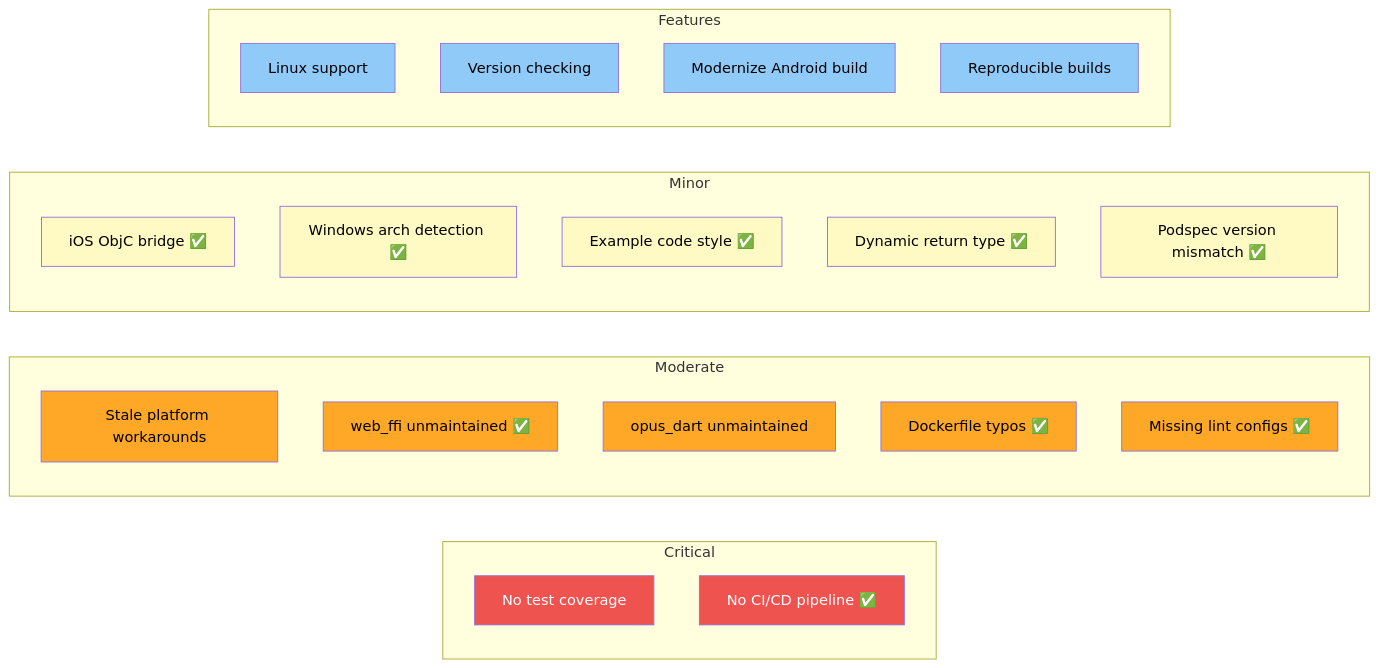
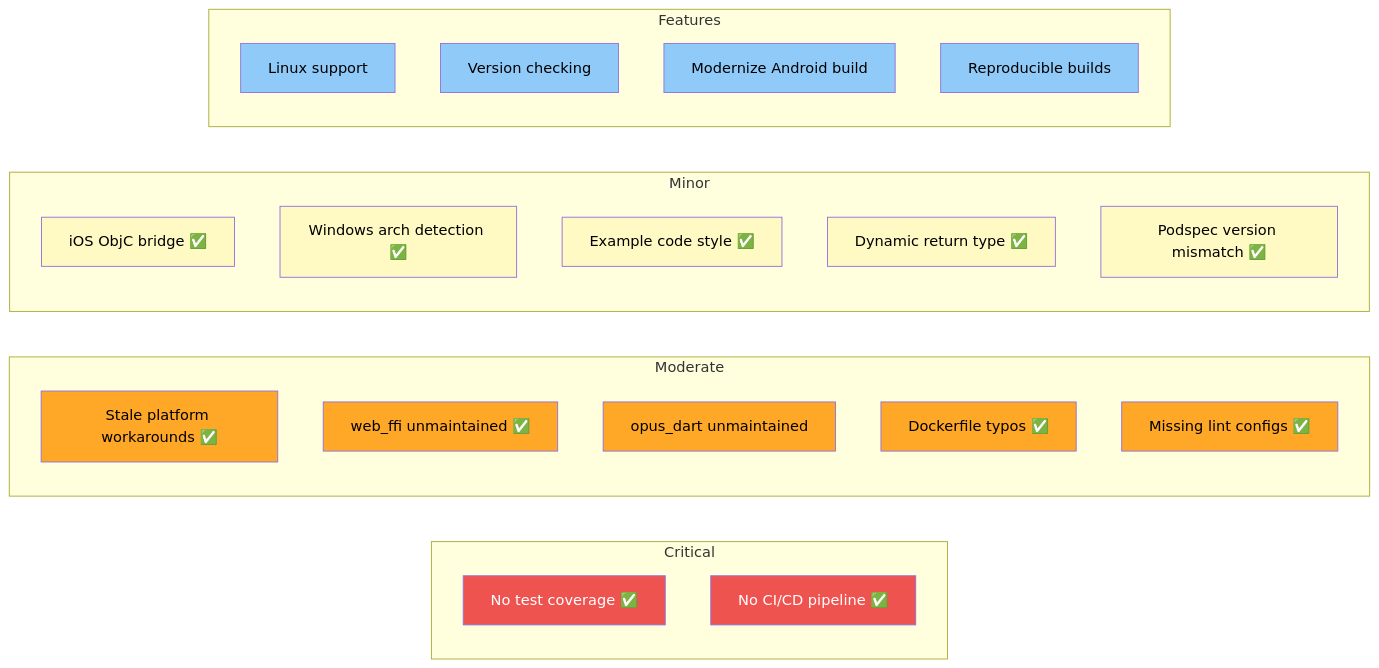
The diagram in docs/issues-and-improvements.md (Corkscrews/opus_flutter), drawn with Mermaid before and after one commit. The commit also changed other lines of this file and 30 other files, not shown here.

````diff
--- a/docs/issues-and-improvements.md
+++ b/docs/issues-and-improvements.md
@@ -5,47 +5,47 @@
 ```mermaid
 graph LR
     subgraph Critical
-        I1[No test coverage]
+        I1[No test coverage ✅]
         I2[No CI/CD pipeline ✅]
     end
 
     subgraph Moderate
-        I3[Stale platform workarounds]
+        I3[Stale platform workarounds ✅]
         I4[web_ffi unmaintained ✅]
         I5[opus_dart unmaintained]
         I6[Dockerfile typos ✅]
         I7[Missing lint configs ✅]
     end
 
     subgraph Minor
         I8[iOS ObjC bridge ✅]
         I9[Windows arch detection ✅]
         I10[Example code style ✅]
         I11[Dynamic return type ✅]
         I12[Podspec version mismatch ✅]
     end
 
     subgraph Features
         I13[Linux support]
         I14[Version checking]
         I15[Modernize Android build]
         I16[Reproducible builds]
     end
 
     style I1 fill:#ef5350,color:#fff
     style I2 fill:#ef5350,color:#fff
     style I3 fill:#ffa726,color:#000
     style I4 fill:#ffa726,color:#000
     style I5 fill:#ffa726,color:#000
     style I6 fill:#ffa726,color:#000
     style I7 fill:#ffa726,color:#000
     style I8 fill:#fff9c4,color:#000
     style I9 fill:#fff9c4,color:#000
     style I10 fill:#fff9c4,color:#000
     style I11 fill:#fff9c4,color:#000
     style I12 fill:#fff9c4,color:#000
     style I13 fill:#90caf9,color:#000
     style I14 fill:#90caf9,color:#000
     style I15 fill:#90caf9,color:#000
     style I16 fill:#90caf9,color:#000
 ```
````
